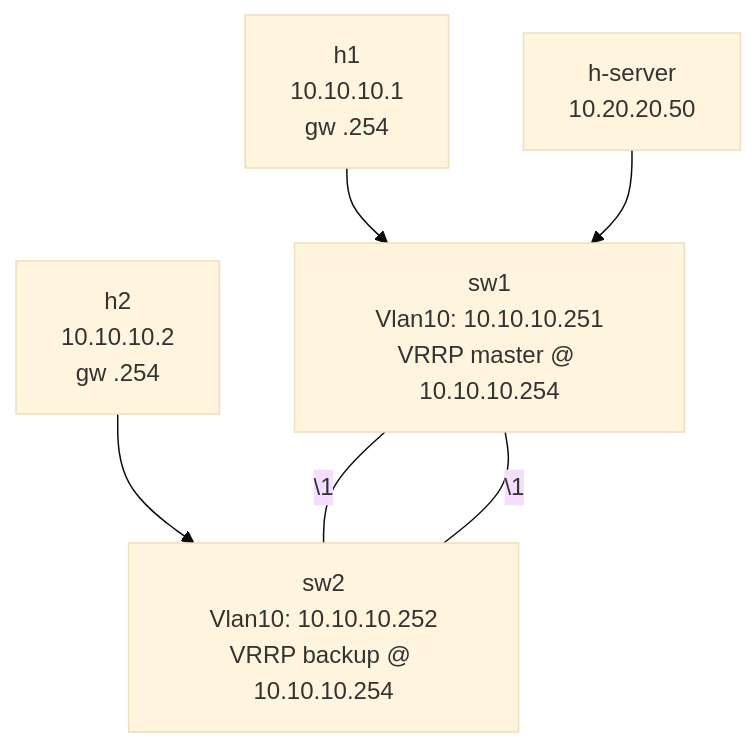
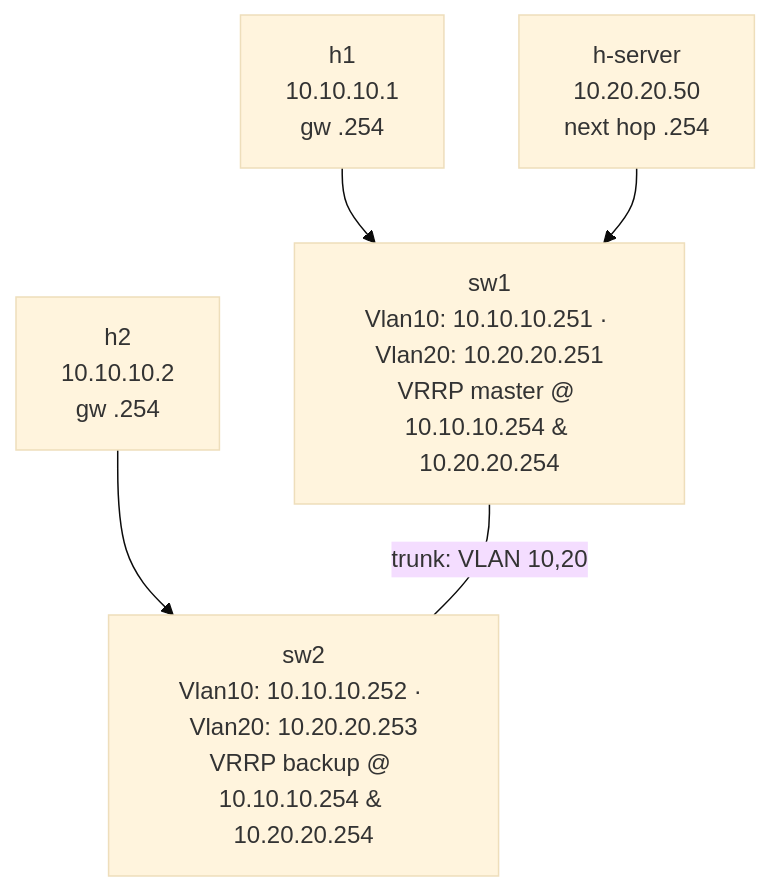
Before and after one commit to alukacs03/clauntainerlab: the diagram in labs/13-vrrp/README.md, drawn with Mermaid (base theme). The commit also changed other lines of this file and 70 other files, not shown here.

````diff
--- a/labs/13-vrrp/README.md
+++ b/labs/13-vrrp/README.md
@@ -25,8 +25,7 @@
 ```mermaid
 graph TB
     h1[h1<br/>10.10.10.1<br/>gw .254] --> sw1
     h2[h2<br/>10.10.10.2<br/>gw .254] --> sw2
-    sw1[sw1<br/>Vlan10: 10.10.10.251<br/>VRRP master @ 10.10.10.254] ---|\1| sw2[sw2<br/>Vlan10: 10.10.10.252<br/>VRRP backup @ 10.10.10.254]
-    server[h-server<br/>10.20.20.50] --> sw1
-    sw1 ---|\1| sw2
+    sw1[sw1<br/>Vlan10: 10.10.10.251 · Vlan20: 10.20.20.251<br/>VRRP master @ 10.10.10.254 & 10.20.20.254] ---|trunk: VLAN 10,20| sw2[sw2<br/>Vlan10: 10.10.10.252 · Vlan20: 10.20.20.253<br/>VRRP backup @ 10.10.10.254 & 10.20.20.254]
+    server[h-server<br/>10.20.20.50<br/>next hop .254] --> sw1
 ```
````
